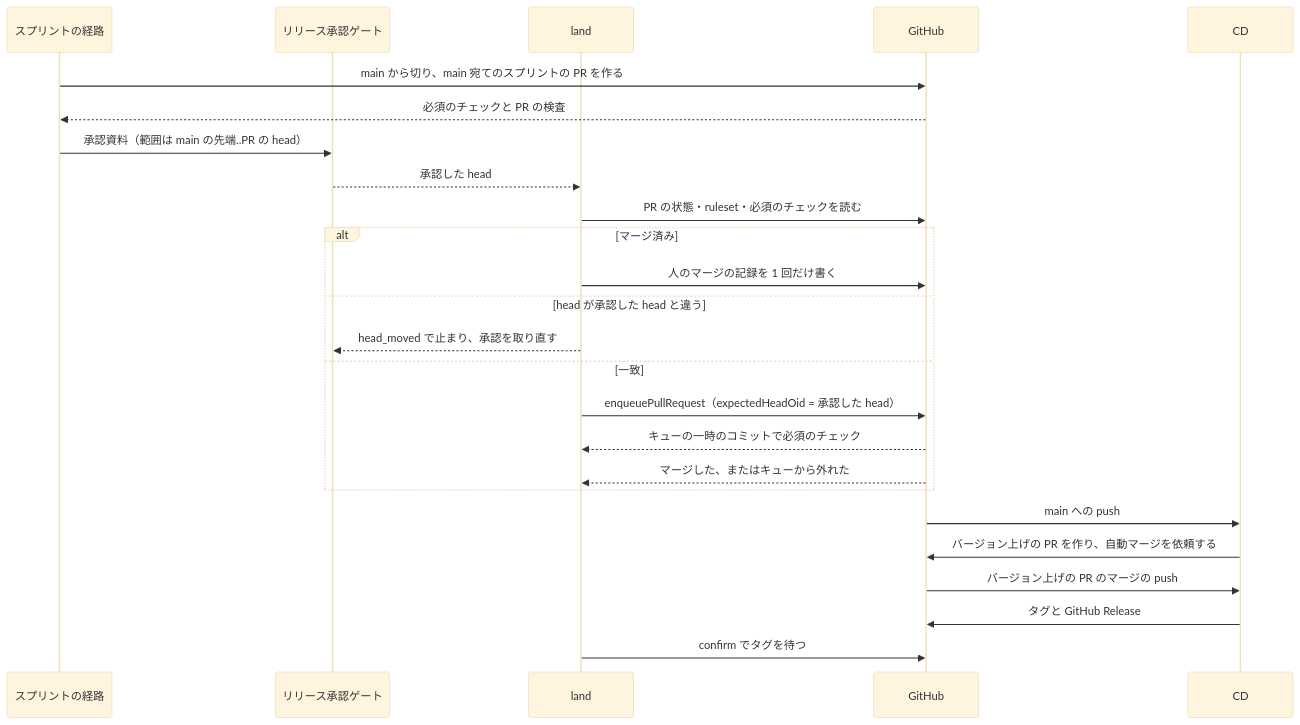
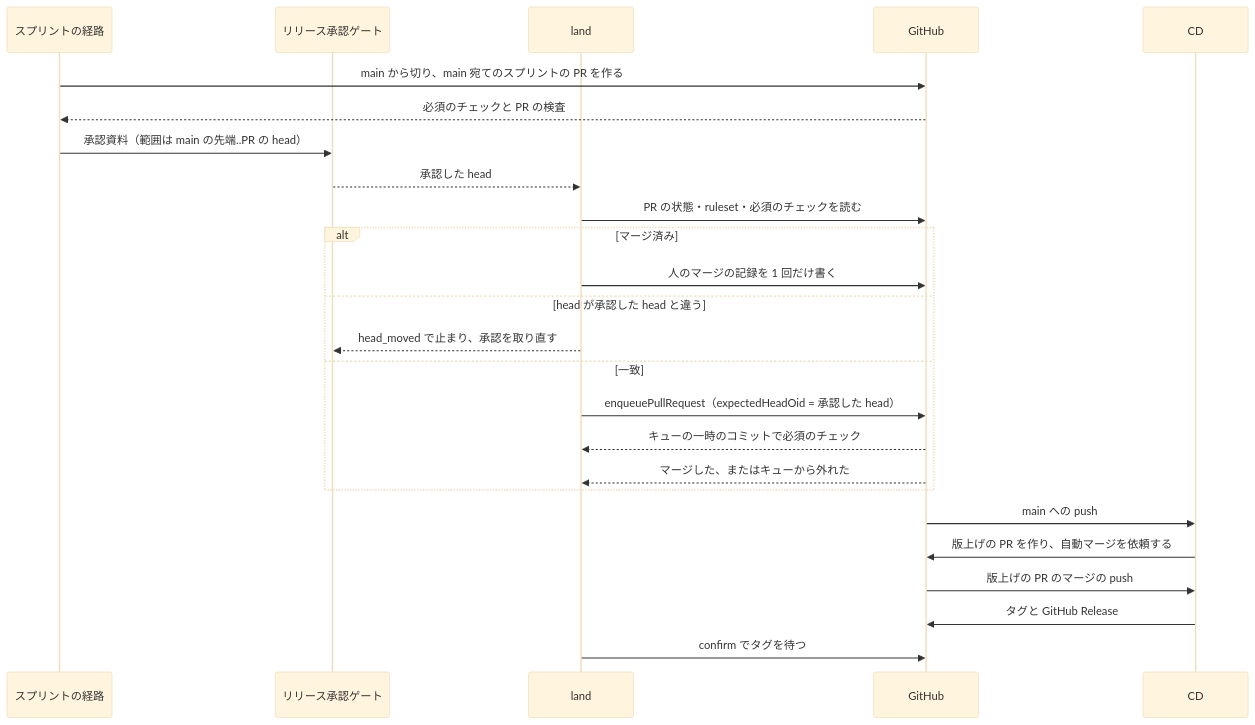
The second of 3 diagrams in issues/issue-3641-design.md (devbasex/ai-plugins), drawn with Mermaid (base theme) before and after one commit. The commit also changed other lines of this file and 4 other files, not shown here.

````diff
--- a/issues/issue-3641-design.md
+++ b/issues/issue-3641-design.md
@@ -265,27 +280,27 @@
 ```mermaid
 sequenceDiagram
     participant S as スプリントの経路
     participant G as リリース承認ゲート
     participant L as land
     participant H as GitHub
     participant C as CD
     S->>H: main から切り、main 宛てのスプリントの PR を作る
     H-->>S: 必須のチェックと PR の検査
     S->>G: 承認資料（範囲は main の先端..PR の head）
     G-->>L: 承認した head
     L->>H: PR の状態・ruleset・必須のチェックを読む
     alt マージ済み
         L->>H: 人のマージの記録を 1 回だけ書く
     else head が承認した head と違う
         L-->>G: head_moved で止まり、承認を取り直す
     else 一致
         L->>H: enqueuePullRequest（expectedHeadOid = 承認した head）
         H-->>L: キューの一時のコミットで必須のチェック
         H-->>L: マージした、またはキューから外れた
     end
     H->>C: main への push
-    C->>H: バージョン上げの PR を作り、自動マージを依頼する
-    H->>C: バージョン上げの PR のマージの push
+    C->>H: 版上げの PR を作り、自動マージを依頼する
+    H->>C: 版上げの PR のマージの push
     C->>H: タグと GitHub Release
     L->>H: confirm でタグを待つ
 ```
````
